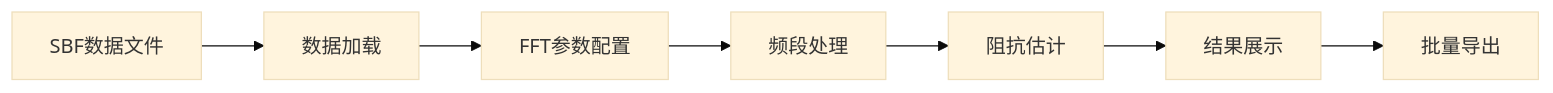
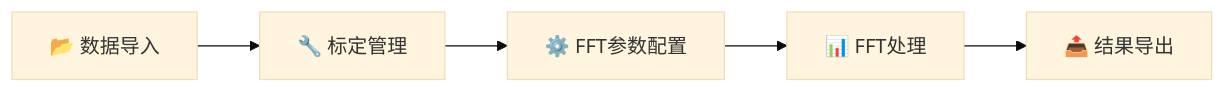
The third of 3 diagrams in source/intro/index.md (EMWPJ/RMTDataPro-docs), drawn with Mermaid (base theme) before and after one commit. The commit also changed other lines of this file and 3 other files, not shown here.

First line of the commit message:
Fix style, remove MT comparison, simplify operation flow

````diff
--- a/source/intro/index.md
+++ b/source/intro/index.md
@@ -108,9 +96,7 @@
 ```mermaid
 graph LR
-    A[SBF数据文件] --> B[数据加载]
-    B --> C[FFT参数配置]
-    C --> D[频段处理]
-    D --> E[阻抗估计]
-    E --> F[结果展示]
-    F --> G[批量导出]
+    A[📂 数据导入] --> B[🔧 标定管理]
+    B --> C[⚙️ FFT参数配置]
+    C --> D[📊 FFT处理]
+    D --> E[📤 结果导出]
 ```
````
